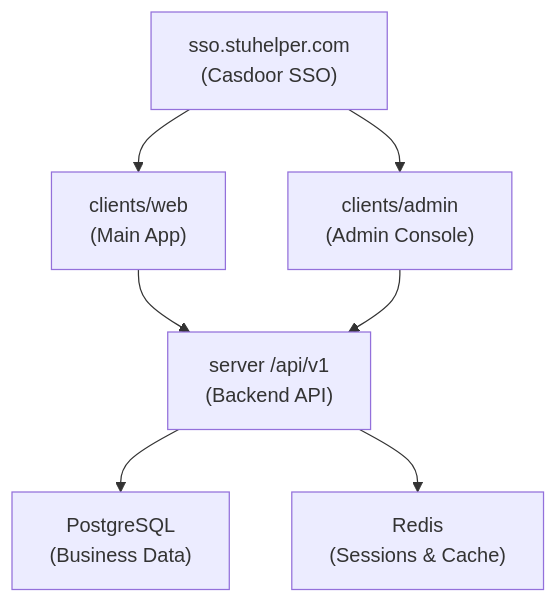
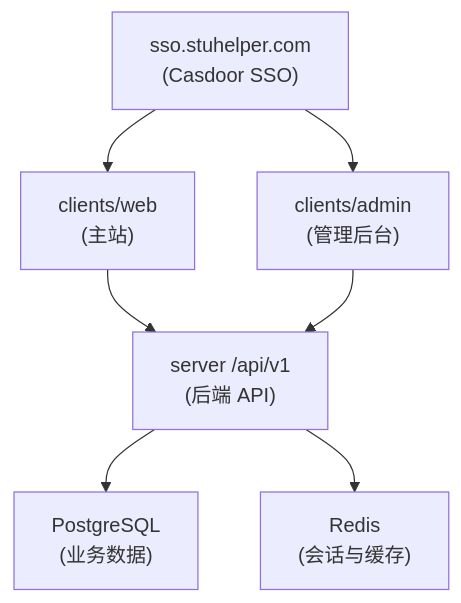
Before and after one commit to StuHelper/StuHelper: the diagram in docs/architecture/product.md, drawn with Mermaid. The commit also changed other lines of this file and 9 other files, not shown here.

````diff
--- a/docs/architecture/product.md
+++ b/docs/architecture/product.md
@@ -34,9 +34,9 @@
 ```mermaid
 flowchart TD
-    A["sso.stuhelper.com<br/>(Casdoor SSO)"] --> B["clients/web<br/>(Main App)"]
-    A --> C["clients/admin<br/>(Admin Console)"]
-    B --> D["server /api/v1<br/>(Backend API)"]
+    A["sso.stuhelper.com<br/>(Casdoor SSO)"] --> B["clients/web<br/>(主站)"]
+    A --> C["clients/admin<br/>(管理后台)"]
+    B --> D["server /api/v1<br/>(后端 API)"]
     C --> D
-    D --> E["PostgreSQL<br/>(Business Data)"]
-    D --> F["Redis<br/>(Sessions & Cache)"]
+    D --> E["PostgreSQL<br/>(业务数据)"]
+    D --> F["Redis<br/>(会话与缓存)"]
 ```
````
